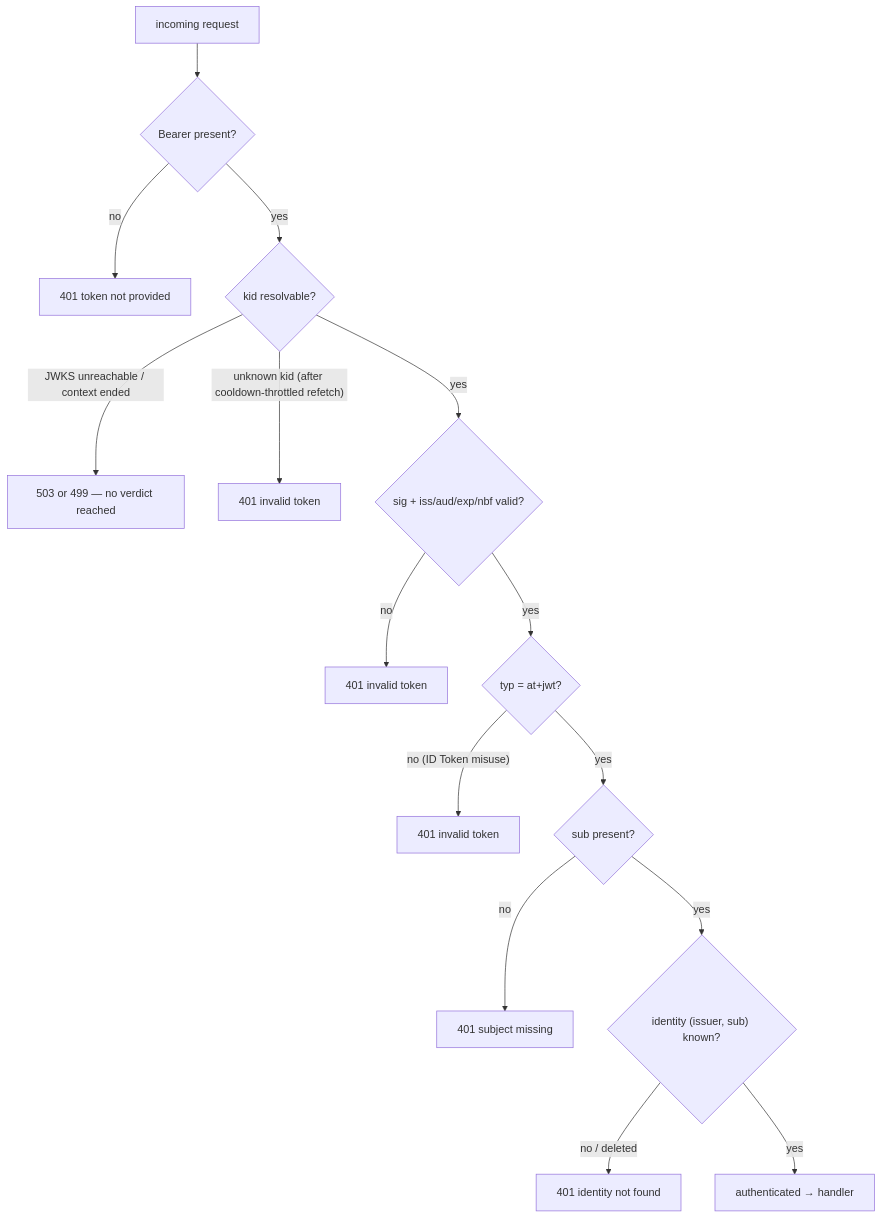
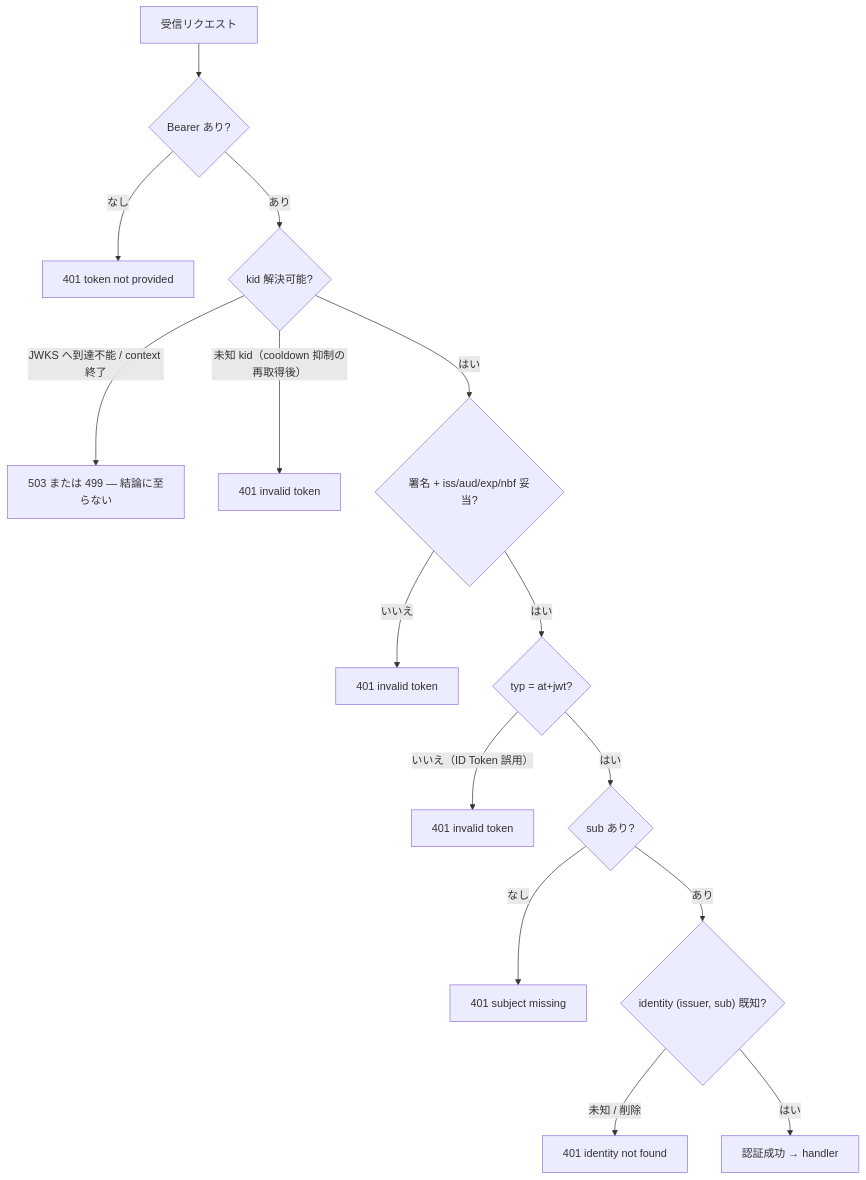
One commit to Tomy-ch/go-boilerplate changed the second of 3 diagrams in docs/design/auth.md. Above: the diagram before and after it, drawn with Mermaid. The commit also changed other lines of this file and 970 other files, not shown here.

````diff
--- a/docs/design/auth.md
+++ b/docs/design/auth.md
@@ -96,17 +96,17 @@
 ```mermaid
 flowchart TD
-    S["incoming request"] --> H{"Bearer present?"}
-    H -- no --> E1["401 token not provided"]
-    H -- yes --> K{"kid resolvable?"}
-    K -- "JWKS unreachable / context ended" --> E7["503 or 499 — no verdict reached"]
-    K -- "unknown kid (after cooldown-throttled refetch)" --> E2["401 invalid token"]
-    K -- yes --> V{"sig + iss/aud/exp/nbf valid?"}
-    V -- no --> E3["401 invalid token"]
-    V -- yes --> T{"typ = at+jwt?"}
-    T -- "no (ID Token misuse)" --> E4["401 invalid token"]
-    T -- yes --> SUB{"sub present?"}
-    SUB -- no --> E5["401 subject missing"]
-    SUB -- yes --> ID{"identity (issuer, sub) known?"}
-    ID -- "no / deleted" --> E6["401 identity not found"]
-    ID -- yes --> OK["authenticated → handler"]
+    S["受信リクエスト"] --> H{"Bearer あり?"}
+    H -- なし --> E1["401 token not provided"]
+    H -- あり --> K{"kid 解決可能?"}
+    K -- "JWKS へ到達不能 / context 終了" --> E7["503 または 499 — 結論に至らない"]
+    K -- "未知 kid（cooldown 抑制の再取得後）" --> E2["401 invalid token"]
+    K -- はい --> V{"署名 + iss/aud/exp/nbf 妥当?"}
+    V -- いいえ --> E3["401 invalid token"]
+    V -- はい --> T{"typ = at+jwt?"}
+    T -- "いいえ（ID Token 誤用）" --> E4["401 invalid token"]
+    T -- はい --> SUB{"sub あり?"}
+    SUB -- なし --> E5["401 subject missing"]
+    SUB -- あり --> ID{"identity (issuer, sub) 既知?"}
+    ID -- "未知 / 削除" --> E6["401 identity not found"]
+    ID -- はい --> OK["認証成功 → handler"]
 ```
````
